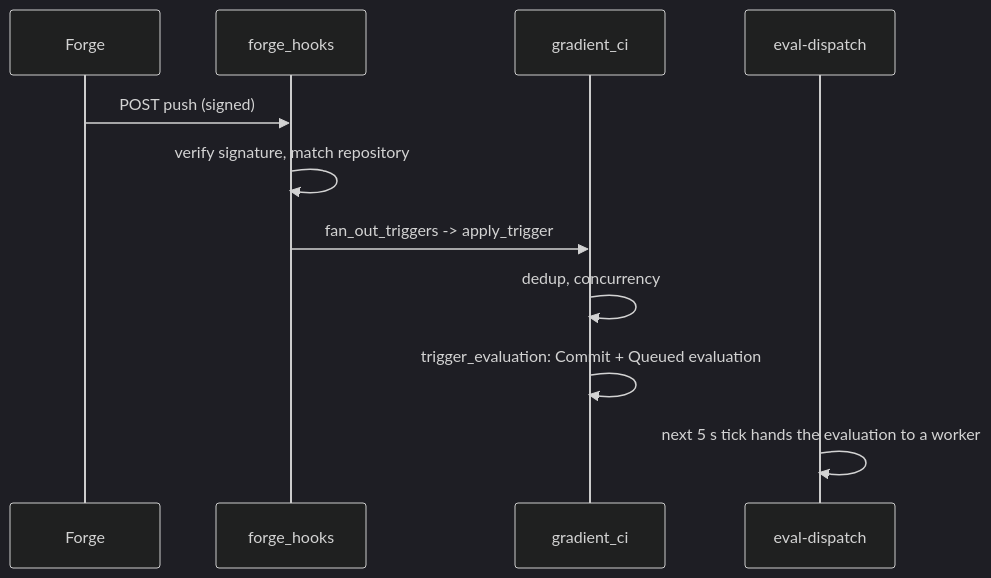
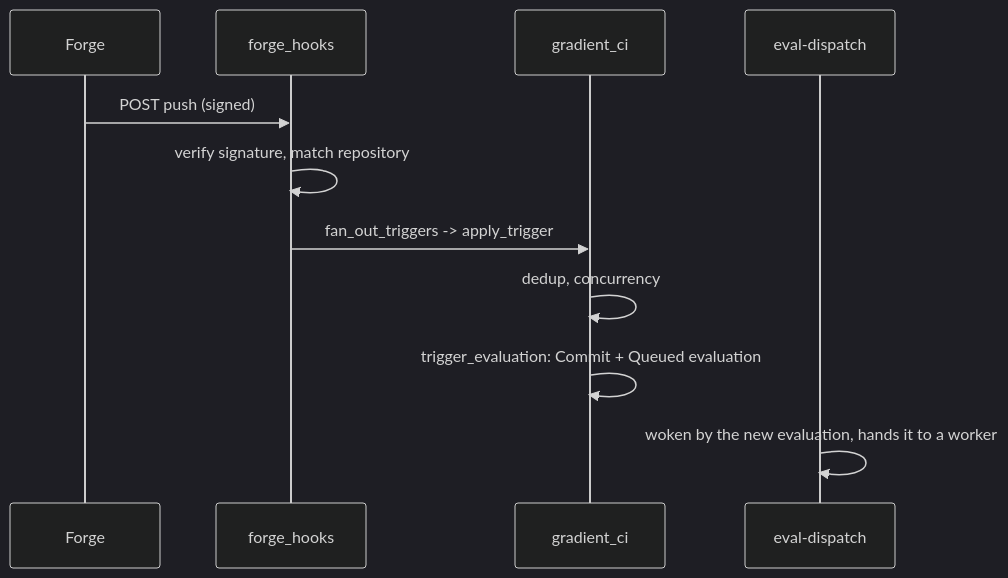
Before and after one commit to wavelens/gradient: the diagram in docs/src/contributors/internals/forge-webhooks.md, drawn with Mermaid (dark theme). The commit also changed other lines of this file and 28 other files, not shown here.

````diff
--- a/docs/src/contributors/internals/forge-webhooks.md
+++ b/docs/src/contributors/internals/forge-webhooks.md
@@ -5,13 +5,13 @@
 ```mermaid
 sequenceDiagram
     participant F as Forge
     participant H as forge_hooks
     participant C as gradient_ci
     participant S as eval-dispatch
     F->>H: POST push (signed)
     H->>H: verify signature, match repository
     H->>C: fan_out_triggers -> apply_trigger
     C->>C: dedup, concurrency
     C->>C: trigger_evaluation: Commit + Queued evaluation
-    S->>S: next 5 s tick hands the evaluation to a worker
+    S->>S: woken by the new evaluation, hands it to a worker
 ```
````
